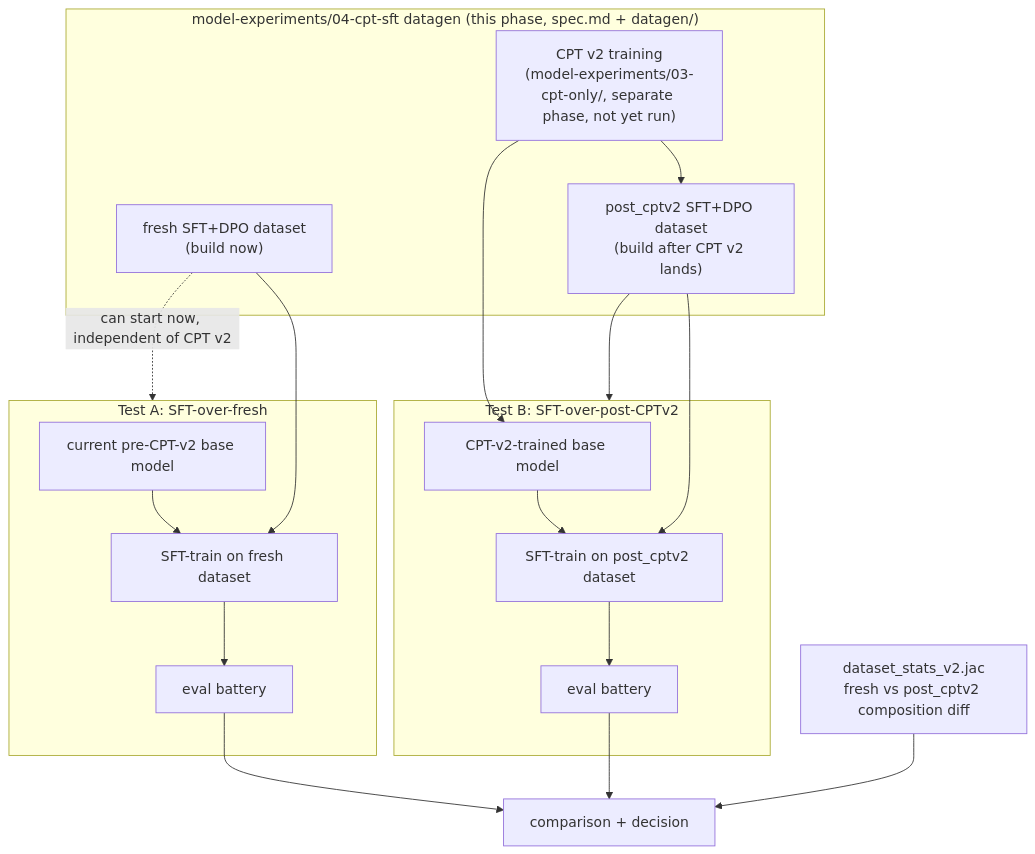
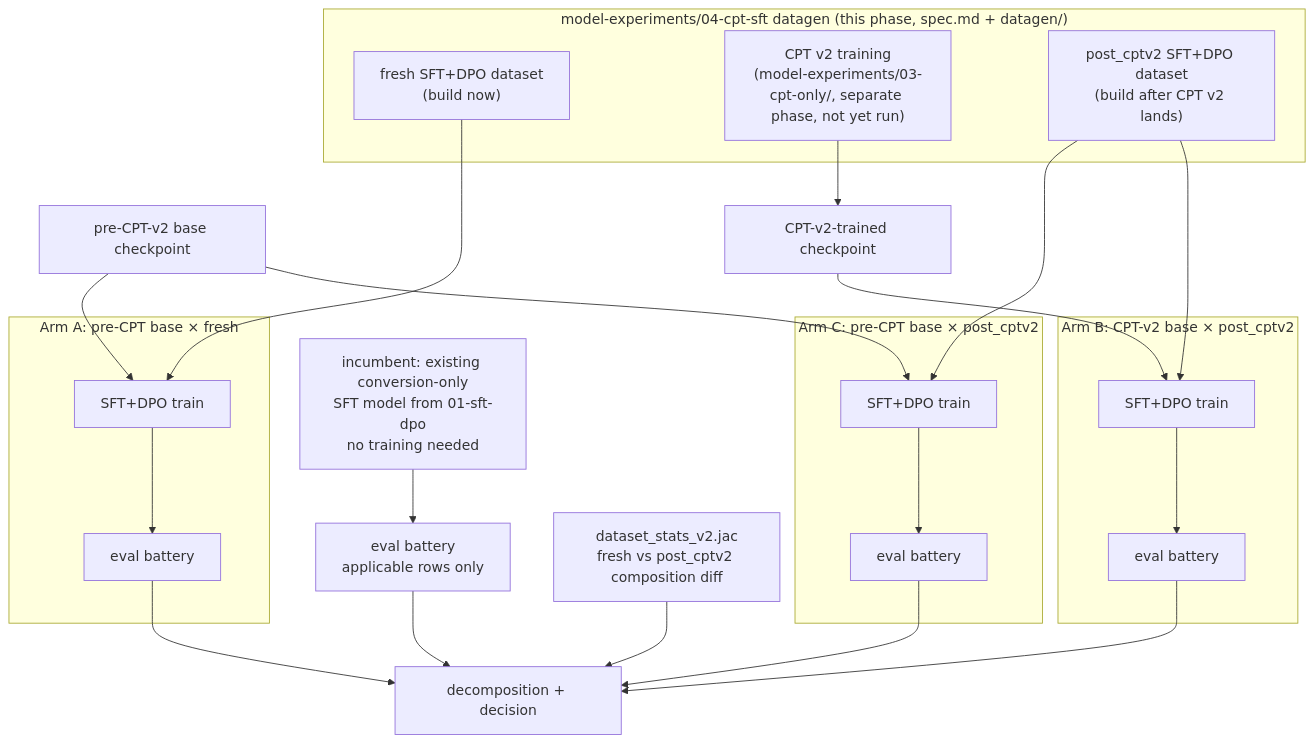
The diagram in 04-cpt-sft/docs/workflow.md (jaseci-labs/Jac_Model_Experiments), drawn with Mermaid before and after one commit. The commit also changed other lines of this file and 1 other file, not shown here.

First line of the commit message:
docs: 04-cpt-sft — three-arm CPT protocol

````diff
--- a/04-cpt-sft/docs/workflow.md
+++ b/04-cpt-sft/docs/workflow.md
@@ -21,35 +31,37 @@
 ```mermaid
 flowchart TD
     subgraph phase1["model-experiments/04-cpt-sft datagen (this phase, spec.md + datagen/)"]
         freshdata["fresh SFT+DPO dataset<br/>(build now)"]
         cptv2train["CPT v2 training<br/>(model-experiments/03-cpt-only/, separate phase, not yet run)"]
         postdata["post_cptv2 SFT+DPO dataset<br/>(build after CPT v2 lands)"]
     end
 
-    subgraph testA["Test A: SFT-over-fresh"]
-        baseA[current pre-CPT-v2 base model]
-        sftA[SFT-train on fresh dataset]
-        evalA[eval battery]
-        baseA --> sftA
-        freshdata --> sftA
-        sftA --> evalA
+    baseOld[pre-CPT-v2 base checkpoint]
+    baseNew[CPT-v2-trained checkpoint]
+    incumbent[incumbent: existing conversion-only<br/>SFT model from 01-sft-dpo<br/>no training needed]
+
+    subgraph armA["Arm A: pre-CPT base × fresh"]
+        sftA[SFT+DPO train] --> evalA[eval battery]
+    end
+    subgraph armC["Arm C: pre-CPT base × post_cptv2"]
+        sftC[SFT+DPO train] --> evalC[eval battery]
+    end
+    subgraph armB["Arm B: CPT-v2 base × post_cptv2"]
+        sftB[SFT+DPO train] --> evalB[eval battery]
     end
 
-    subgraph testB["Test B: SFT-over-post-CPTv2"]
-        baseB[CPT-v2-trained base model]
-        sftB[SFT-train on post_cptv2 dataset]
-        evalB[eval battery]
-        cptv2train --> baseB
-        baseB --> sftB
-        postdata --> sftB
-        sftB --> evalB
-    end
+    baseOld --> sftA
+    freshdata --> sftA
+    baseOld --> sftC
+    postdata --> sftC
+    cptv2train --> baseNew
+    baseNew --> sftB
+    postdata --> sftB
+    incumbent --> evalI[eval battery<br/>applicable rows only]
 
-    freshdata -.can start now, independent of CPT v2.-> testA
-    cptv2train --> postdata
-    postdata --> testB
-
-    evalA --> compare[comparison + decision]
+    evalA --> compare[decomposition + decision]
     evalB --> compare
+    evalC --> compare
+    evalI --> compare
     diffreport[dataset_stats_v2.jac<br/>fresh vs post_cptv2 composition diff] --> compare
 ```
````
